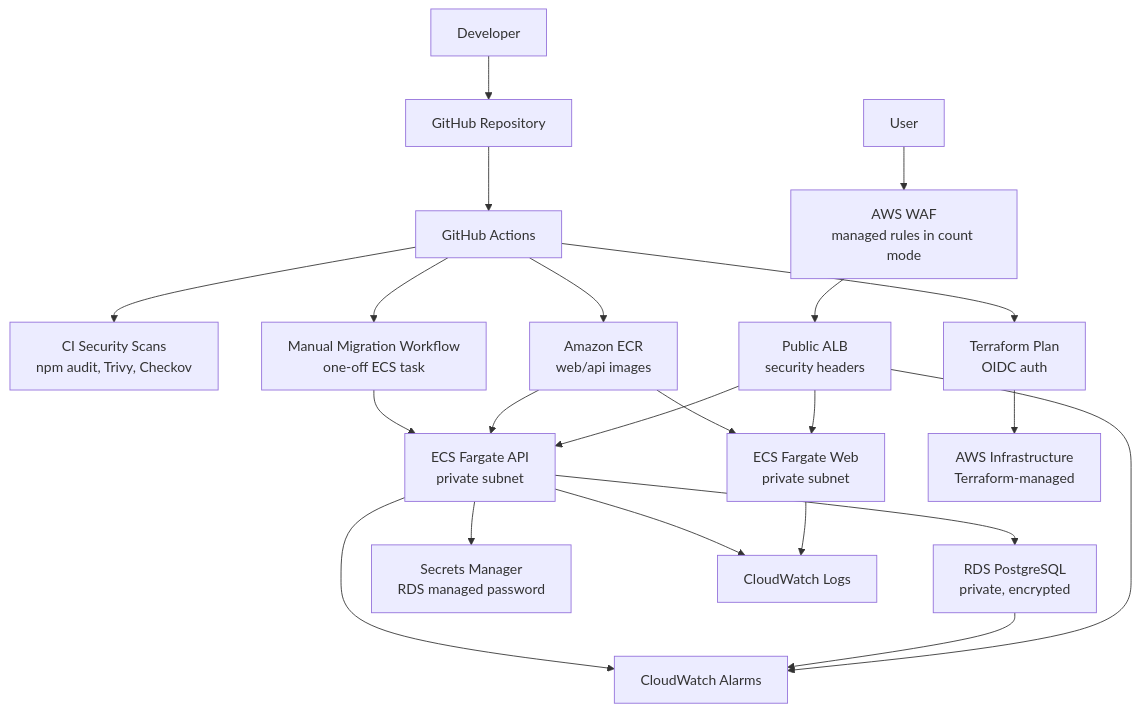
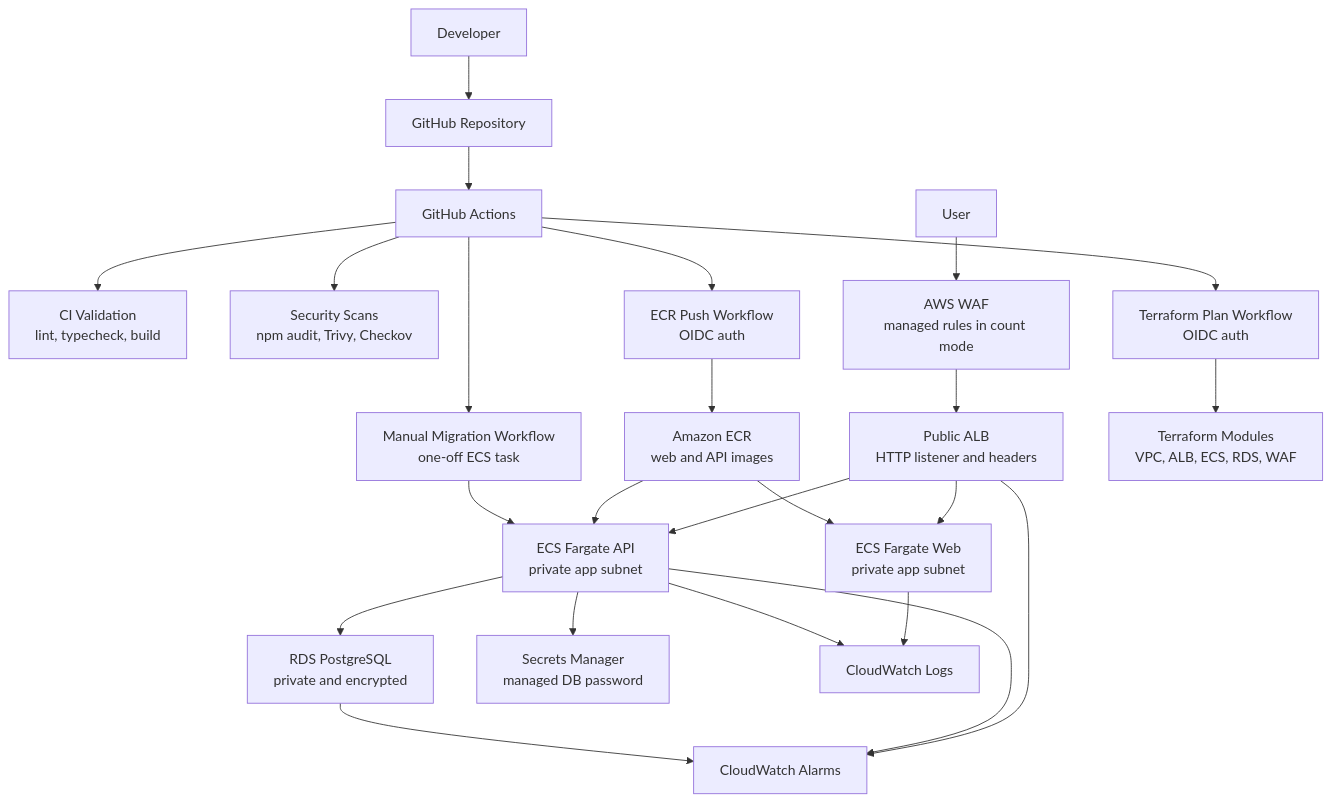
The first of 5 diagrams in docs/architecture.md (nimscodes/securebank-devsecops), drawn with Mermaid before and after one commit. The commit also changed other lines of this file and 11 other files, not shown here.

````diff
--- a/docs/architecture.md
+++ b/docs/architecture.md
@@ -7,26 +9,33 @@
 ```mermaid
 flowchart TD
-  developer["Developer"] --> github["GitHub Repository"]
-  github --> actions["GitHub Actions"]
-  actions --> scans["CI Security Scans<br/>npm audit, Trivy, Checkov"]
-  actions --> ecr["Amazon ECR<br/>web/api images"]
-  actions --> tfplan["Terraform Plan<br/>OIDC auth"]
-  actions --> migrate["Manual Migration Workflow<br/>one-off ECS task"]
+  developer["Developer"] --> repo["GitHub Repository"]
+  repo --> actions["GitHub Actions"]
+
+  actions --> ci["CI Validation<br/>lint, typecheck, build"]
+  actions --> scans["Security Scans<br/>npm audit, Trivy, Checkov"]
+  actions --> ecrPush["ECR Push Workflow<br/>OIDC auth"]
+  actions --> tfPlan["Terraform Plan Workflow<br/>OIDC auth"]
+  actions --> migration["Manual Migration Workflow<br/>one-off ECS task"]
+
+  ecrPush --> ecr["Amazon ECR<br/>web and API images"]
 
   user["User"] --> waf["AWS WAF<br/>managed rules in count mode"]
-  waf --> alb["Public ALB<br/>security headers"]
-  alb --> web["ECS Fargate Web<br/>private subnet"]
-  alb --> api["ECS Fargate API<br/>private subnet"]
-  api --> rds["RDS PostgreSQL<br/>private, encrypted"]
-  api --> secrets["Secrets Manager<br/>RDS managed password"]
+  waf --> alb["Public ALB<br/>HTTP listener and headers"]
+  alb --> web["ECS Fargate Web<br/>private app subnet"]
+  alb --> api["ECS Fargate API<br/>private app subnet"]
+
+  ecr --> web
+  ecr --> api
+  migration --> api
+
+  api --> rds["RDS PostgreSQL<br/>private and encrypted"]
+  api --> secrets["Secrets Manager<br/>managed DB password"]
+
   web --> logs["CloudWatch Logs"]
   api --> logs
   alb --> alarms["CloudWatch Alarms"]
+  api --> alarms
   rds --> alarms
-  api --> alarms
 
-  ecr --> web
-  ecr --> api
-  migrate --> api
-  tfplan --> aws["AWS Infrastructure<br/>Terraform-managed"]
+  tfPlan --> terraform["Terraform Modules<br/>VPC, ALB, ECS, RDS, WAF"]
 ```
````
